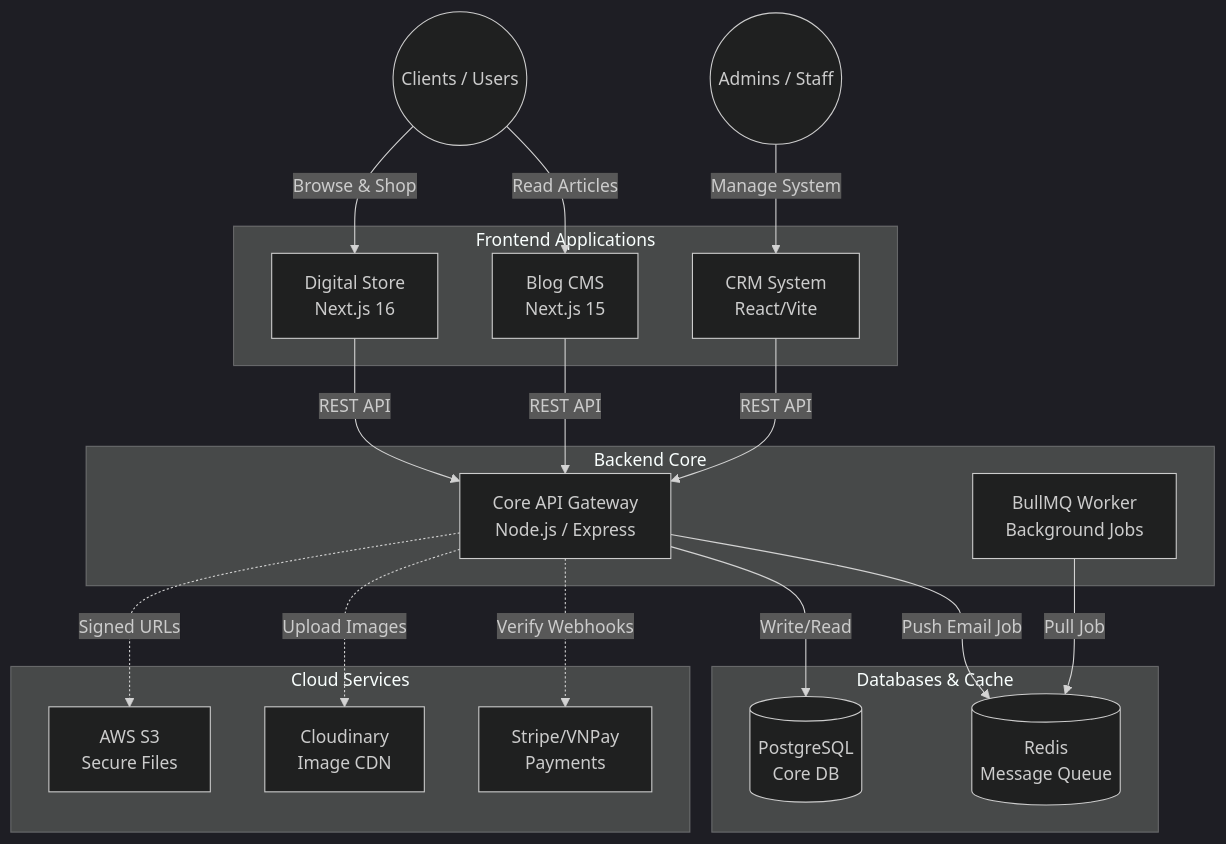
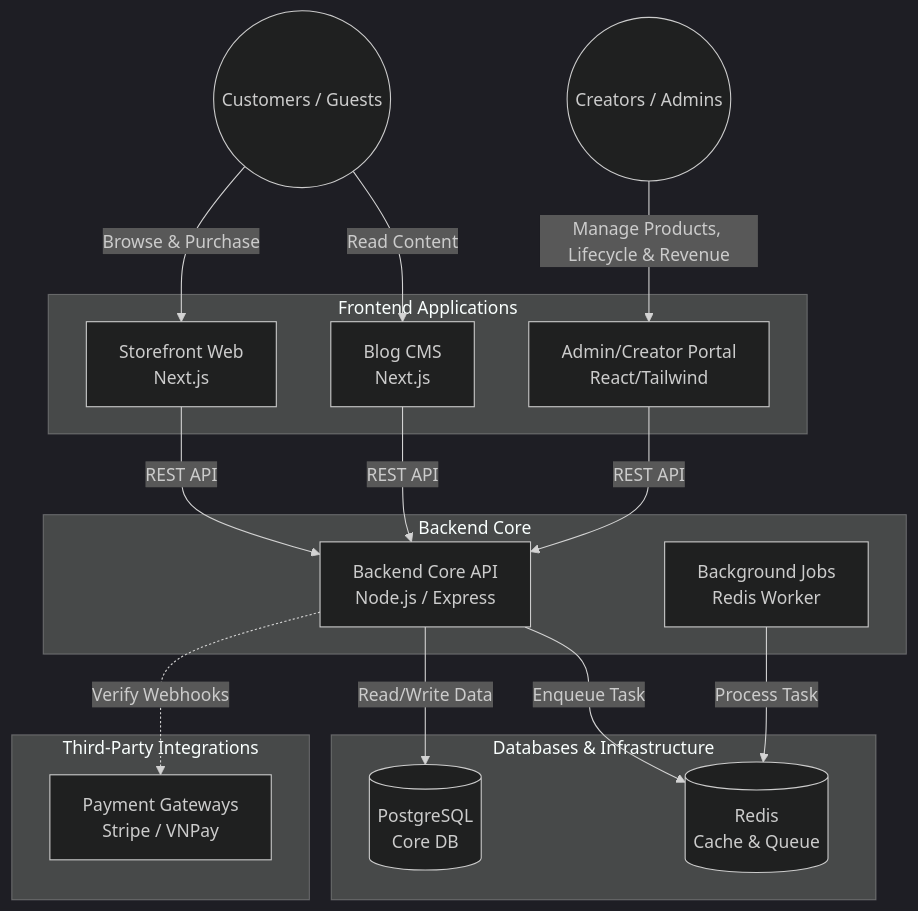
One commit to dangtienvn/creator-commerce-platform changed the diagram in README.md. Above: the diagram before and after it, drawn with Mermaid (dark theme). The commit also changed other lines of this file and 54 other files, not shown here.

````diff
--- a/README.md
+++ b/README.md
@@ -41,43 +53,39 @@
 ```mermaid
 graph TD
-    Client((Clients / Users))
-    Admin((Admins / Staff))
+    User((Customers / Guests))
+    Creator((Creators / Admins))
 
     subgraph Frontend Applications
-        Store[Digital Store<br/>Next.js 16]
-        Blog[Blog CMS<br/>Next.js 15]
-        CRM[CRM System<br/>React/Vite]
+        Store[Storefront Web<br/>Next.js]
+        Blog[Blog CMS<br/>Next.js]
+        CRM[Admin/Creator Portal<br/>React/Tailwind]
     end
 
     subgraph Backend Core
-        API[Core API Gateway<br/>Node.js / Express]
-        Queue[BullMQ Worker<br/>Background Jobs]
+        API[Backend Core API<br/>Node.js / Express]
+        Queue[Background Jobs<br/>Redis Worker]
     end
 
-    subgraph Databases & Cache
+    subgraph Databases & Infrastructure
         Postgres[(PostgreSQL<br/>Core DB)]
-        Redis[(Redis<br/>Message Queue)]
+        RedisCache[(Redis<br/>Cache & Queue)]
+    end
+    
+    subgraph Third-Party Integrations
+        Pay[Payment Gateways<br/>Stripe / VNPay]
     end
 
-    subgraph Cloud Services
-        S3[AWS S3<br/>Secure Files]
-        CLD[Cloudinary<br/>Image CDN]
-        PAY[Stripe/VNPay<br/>Payments]
-    end
-
-    Client -->|Browse & Shop| Store
-    Client -->|Read Articles| Blog
-    Admin -->|Manage System| CRM
+    User -->|Browse & Purchase| Store
+    User -->|Read Content| Blog
+    Creator -->|Manage Products, Lifecycle & Revenue| CRM
 
     Store -->|REST API| API
     Blog -->|REST API| API
     CRM -->|REST API| API
 
-    API -->|Write/Read| Postgres
-    API -->|Push Email Job| Redis
-    Queue -->|Pull Job| Redis
-
-    API -.->|Upload Images| CLD
-    API -.->|Signed URLs| S3
-    API -.->|Verify Webhooks| PAY
+    API -->|Read/Write Data| Postgres
+    API -->|Enqueue Task| RedisCache
+    Queue -->|Process Task| RedisCache
+    
+    API -.->|Verify Webhooks| Pay
 ```
````
